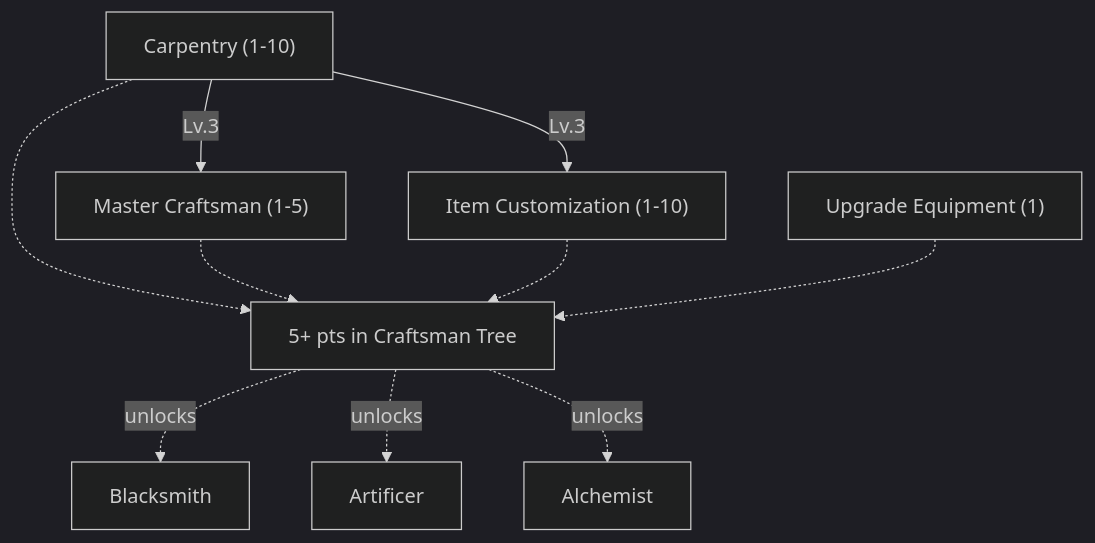
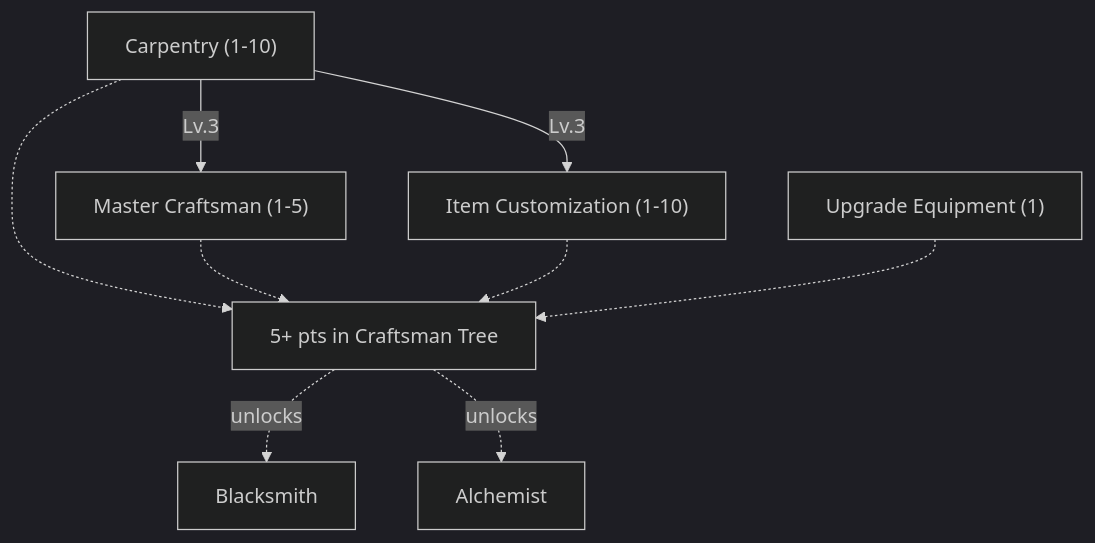
One commit to tfelix/bestia-docs changed the second of 13 diagrams in content/docs/mechanics/master.md. Above: the diagram before and after it, drawn with Mermaid (dark theme). The commit also changed other lines of this file and 1 other file, not shown here.

````diff
--- a/content/docs/mechanics/master.md
+++ b/content/docs/mechanics/master.md
@@ -163,21 +165,21 @@
 ```mermaid
 graph TD
     Carpentry["Carpentry (1-10)"]
     UpgradeEquipment["Upgrade Equipment (1)"]
     MasterCraftsman["Master Craftsman (1-5)"]
     ItemCustomization["Item Customization (1-10)"]
     Gate["5+ pts in Craftsman Tree"]
     Blacksmith["Blacksmith"]
-    Artificer["Artificer"]
+    %% Artificer["Artificer"] %% parked
     Alchemist["Alchemist"]
 
     Carpentry -->|Lv.3| MasterCraftsman
     Carpentry -->|Lv.3| ItemCustomization
     Carpentry -.-> Gate
     MasterCraftsman -.-> Gate
     ItemCustomization -.-> Gate
     UpgradeEquipment -.-> Gate
     Gate -.->|unlocks| Blacksmith
-    Gate -.->|unlocks| Artificer
+    %% Gate -.->|unlocks| Artificer
     Gate -.->|unlocks| Alchemist
 ```
````
